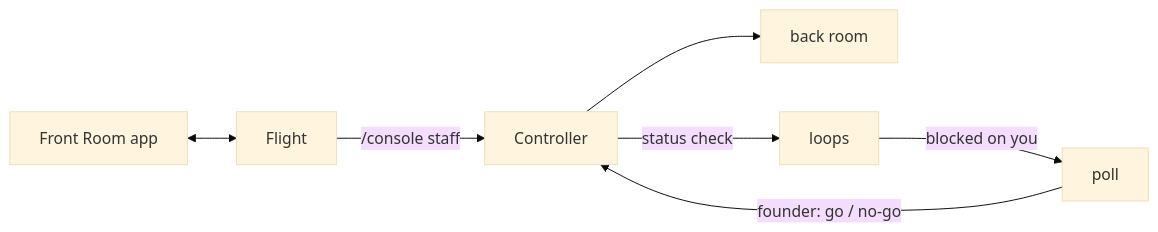
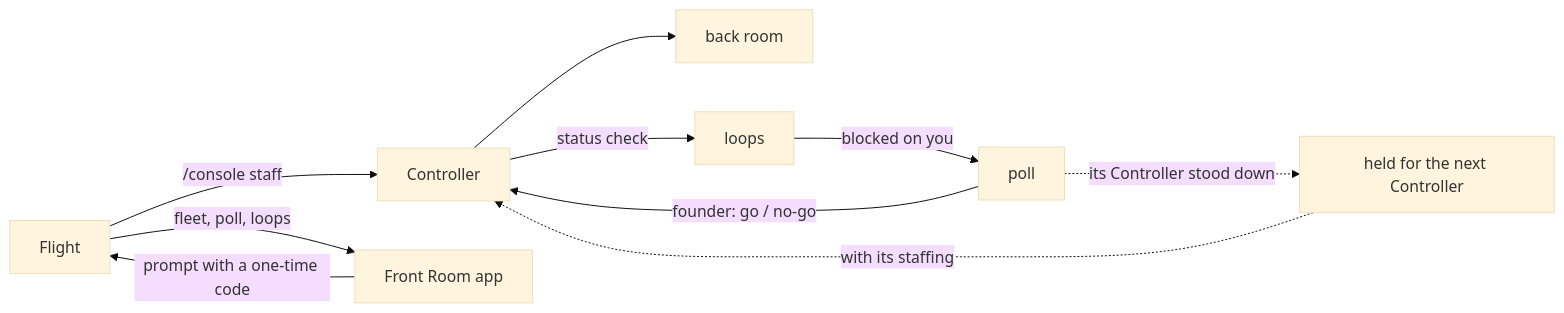
One commit to sultanassi95/mission-control changed the diagram in .claude/skills/fleet/SKILL.md. Above: the diagram before and after it, drawn with Mermaid (base theme). The commit also changed other lines of this file and 1 other file, not shown here.

First line of the commit message:
docs(mc-123): update the fleet skill for auto mode and app decisions

````diff
--- a/.claude/skills/fleet/SKILL.md
+++ b/.claude/skills/fleet/SKILL.md
@@ -26,9 +26,12 @@
 ```mermaid
 flowchart LR
   F[Flight] -->|/console staff| C[Controller]
   C --> B[back room]
   C -->|status check| L[loops]
   L -->|blocked on you| P[poll]
   P -->|founder: go / no-go| C
-  A[Front Room app] <--> F
+  P -.->|its Controller stood down| H[held for the next Controller]
+  H -.->|with its staffing| C
+  A[Front Room app] -->|prompt with a one-time code| F
+  F -->|fleet, poll, loops| A
 ```
````
